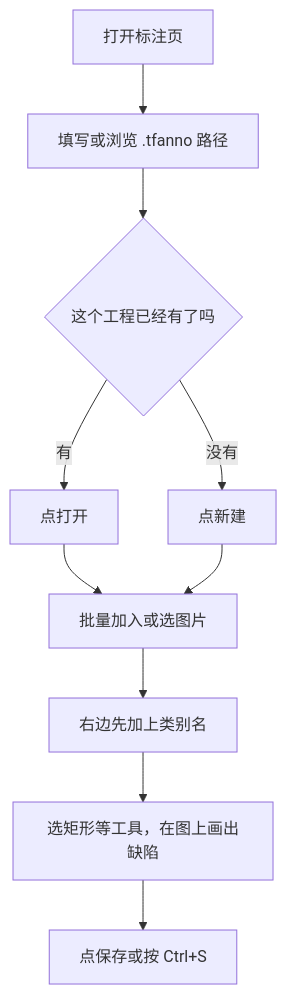
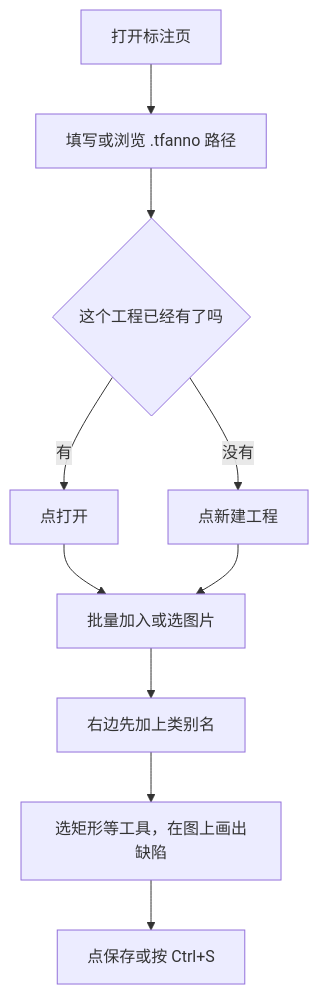
One commit to jusitfy0913/dp-tool changed the fourth of 11 diagrams in docs/TRTForge_Web操作手册.md. Above: the diagram before and after it, drawn with Mermaid. The commit also changed other lines of this file and 10 other files, not shown here.

First line of the commit message:
feat(web): 标注页五步引导、左右栏重排、图片可移出工程 (v1.35.0)

````diff
--- a/docs/TRTForge_Web操作手册.md
+++ b/docs/TRTForge_Web操作手册.md
@@ -148,12 +151,12 @@
 ```mermaid
 flowchart TD
   A[打开标注页] --> B[填写或浏览 .tfanno 路径]
   B --> C{这个工程已经有了吗}
   C -->|有| D[点打开]
-  C -->|没有| E[点新建]
+  C -->|没有| E[点新建工程]
   D --> F[批量加入或选图片]
   E --> F
   F --> G[右边先加上类别名]
   G --> H[选矩形等工具，在图上画出缺陷]
   H --> I[点保存或按 Ctrl+S]
 ```
````
